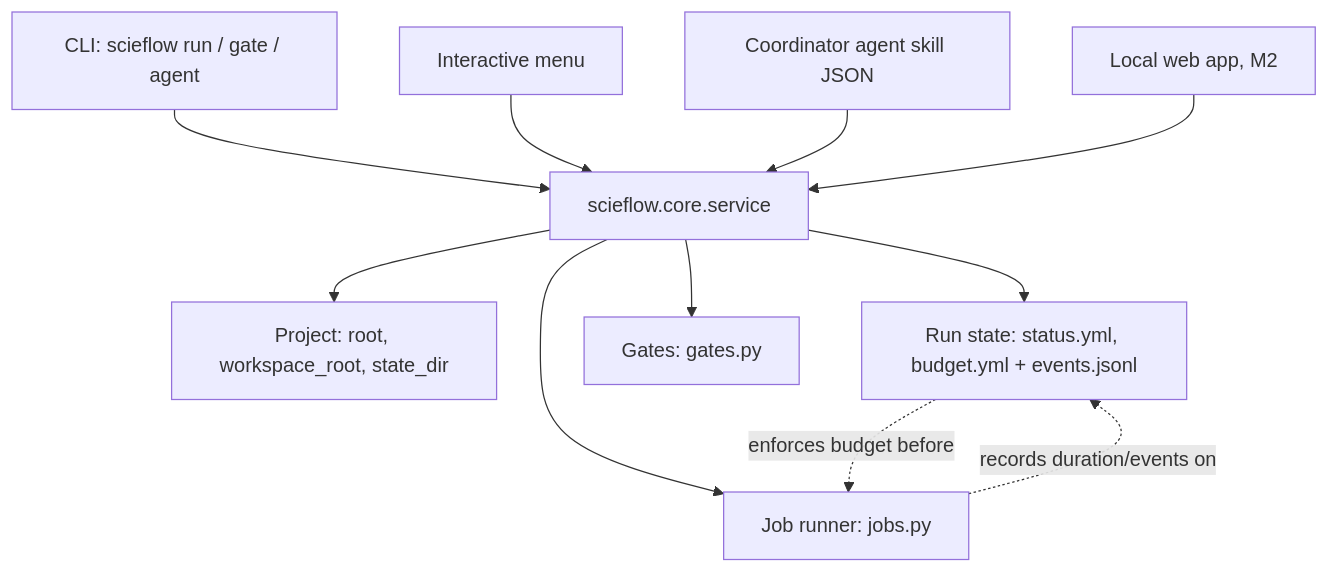
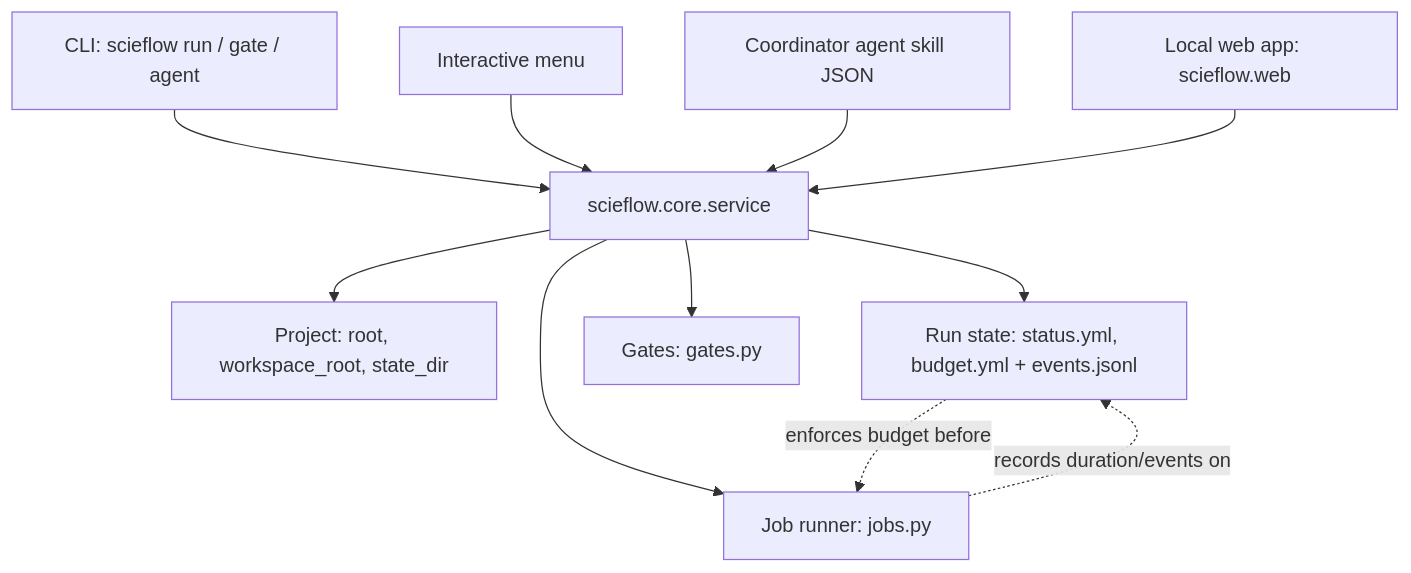
The diagram in docs/architecture.md (jedimik/ScieFlow), drawn with Mermaid before and after one commit. The commit also changed other lines of this file and 5 other files, not shown here.

First line of the commit message:
docs(web): the local web app, its security model and its API

````diff
--- a/docs/architecture.md
+++ b/docs/architecture.md
@@ -15,13 +19,13 @@
 ```mermaid
 flowchart TD
     CLI[CLI: scieflow run / gate / agent] --> SVC[scieflow.core.service]
     MENU[Interactive menu] --> SVC
     SKILL[Coordinator agent skill JSON] --> SVC
-    WEB[Local web app, M2] --> SVC
+    WEB[Local web app: scieflow.web] --> SVC
     SVC --> PROJ[Project: root, workspace_root, state_dir]
     SVC --> RUN[Run state: status.yml, budget.yml + events.jsonl]
     SVC --> JOBS[Job runner: jobs.py]
     SVC --> GATES[Gates: gates.py]
     JOBS -.records duration/events on.-> RUN
     RUN -.enforces budget before.-> JOBS
 ```
````
